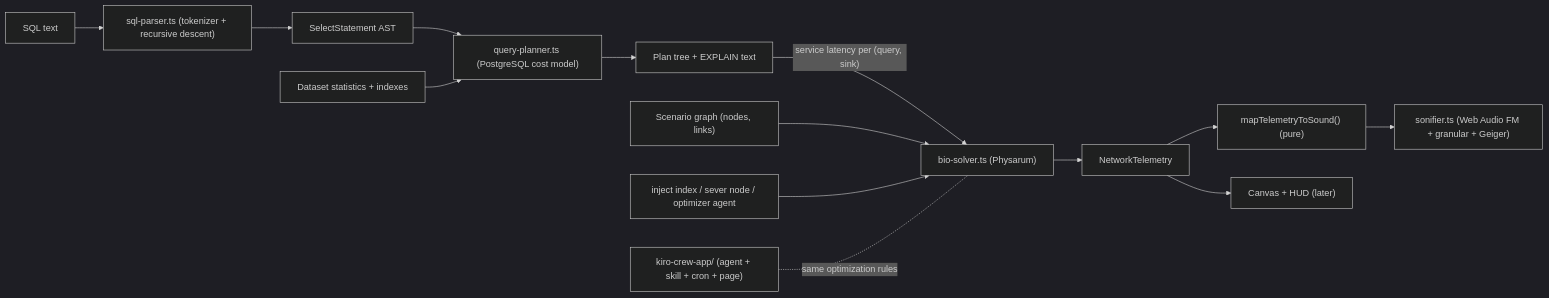
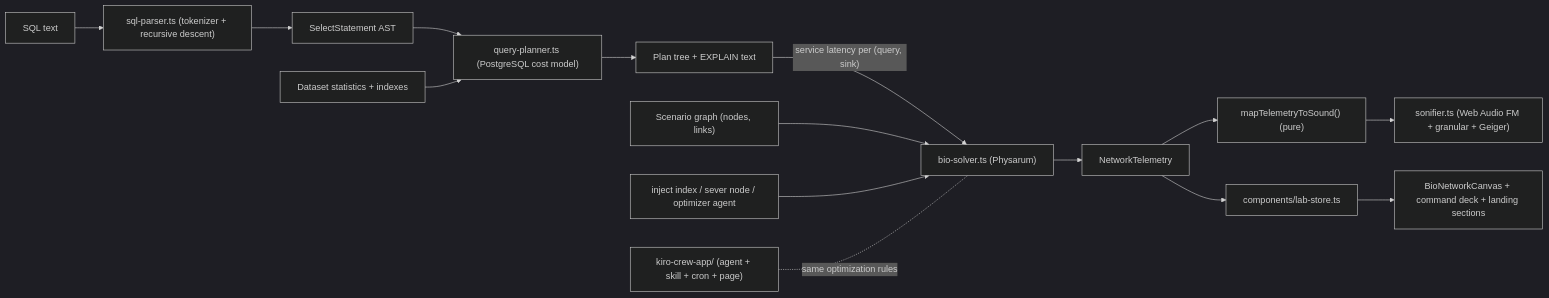
Before and after one commit to NOBA235/GenUI-kit: the diagram in .kiro/specs/neuro-chimera-synth/design.md, drawn with Mermaid (dark theme). The commit also changed other lines of this file and 2 other files, not shown here.

First line of the commit message:
docs(neuro-chimera-synth): document the interactive lab and verification results

````diff
--- a/.kiro/specs/neuro-chimera-synth/design.md
+++ b/.kiro/specs/neuro-chimera-synth/design.md
@@ -4,16 +4,17 @@
 ```mermaid
 flowchart LR
   SQL["SQL text"] --> Parser["sql-parser.ts (tokenizer + recursive descent)"]
   Parser --> AST["SelectStatement AST"]
   AST --> Planner["query-planner.ts (PostgreSQL cost model)"]
   Stats["Dataset statistics + indexes"] --> Planner
   Planner --> Plan["Plan tree + EXPLAIN text"]
   Plan -->|"service latency per (query, sink)"| Solver["bio-solver.ts (Physarum)"]
   Graph["Scenario graph (nodes, links)"] --> Solver
   Ops["inject index / sever node / optimizer agent"] --> Solver
   Solver --> Telemetry["NetworkTelemetry"]
   Telemetry --> Map["mapTelemetryToSound() (pure)"]
   Map --> Synth["sonifier.ts (Web Audio FM + granular + Geiger)"]
-  Telemetry --> UI["Canvas + HUD (later)"]
+  Telemetry --> Store["components/lab-store.ts"]
+  Store --> UI["BioNetworkCanvas + command deck + landing sections"]
   Crew["kiro-crew-app/ (agent + skill + cron + page)"] -. "same optimization rules" .- Solver
 ```
````
